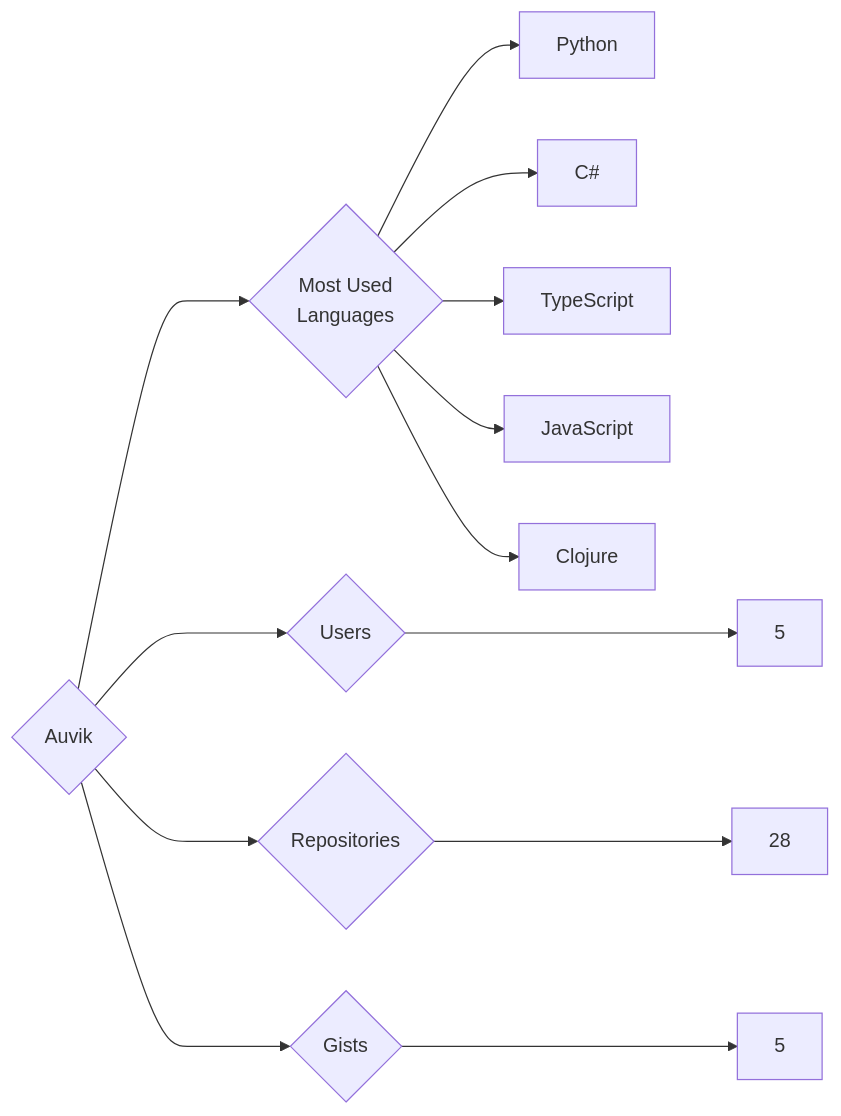
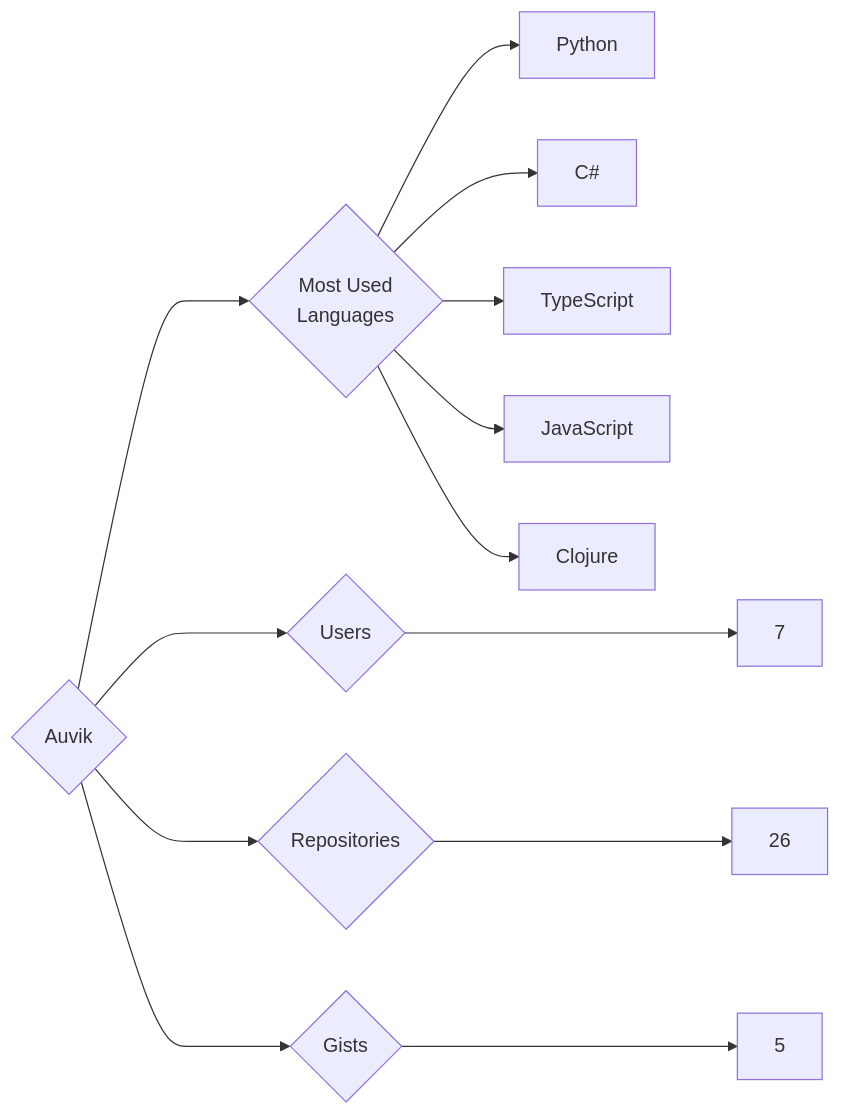
The diagram in targets/Auvik/README.md (trickest/insiders), drawn with Mermaid before and after one commit. The commit also changed 1175 other files, not shown here.

````diff
--- a/targets/Auvik/README.md
+++ b/targets/Auvik/README.md
@@ -3,13 +3,13 @@
 ```mermaid
 graph LR
 COMPANY_NAME{Auvik}
-COMPANY_NAME ---> U{Users} ---> UN[5]
-COMPANY_NAME ---> R{Repositories} ---> RN[28]
+COMPANY_NAME ---> U{Users} ---> UN[7]
+COMPANY_NAME ---> R{Repositories} ---> RN[26]
 COMPANY_NAME ---> G{Gists} ---> GN[5]
 COMPANY_NAME ---> ML{Most Used<br>Languages}
 ML --> Python[Python]
 ML --> C#[C#]
 ML --> TypeScript[TypeScript]
 ML --> JavaScript[JavaScript]
 ML --> Clojure[Clojure]
 ```
````
